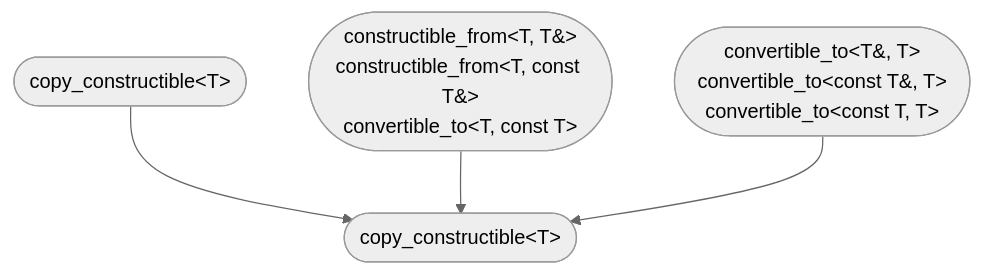
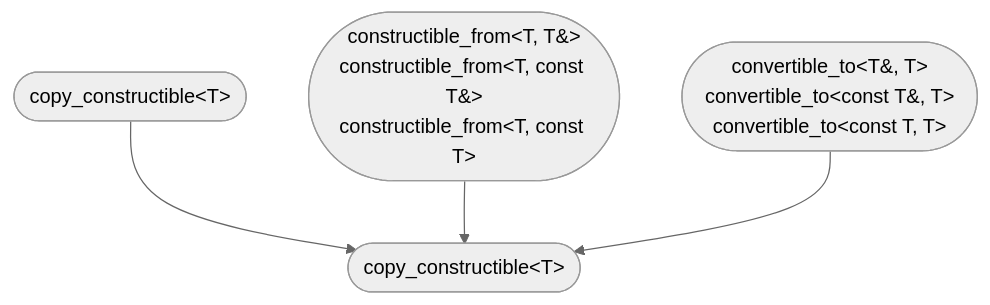
The sixth of 13 diagrams in README.md (yohhoy/cpp-concepts), drawn with Mermaid (neutral theme) before and after one commit. The commit also changed other lines of this file, not shown here.

````diff
--- a/README.md
+++ b/README.md
@@ -69,7 +69,7 @@
 ```mermaid
 graph TD
     %% std::copy_constructible<T>
     move_constructible(["copy_constructible&lt;T&gt;"]) --> copy_constructible(["copy_constructible&lt;T&gt;"]);
-    constructible_from(["constructible_from&lt;T, T&amp;&gt;<br>constructible_from&lt;T, const T&amp;&gt;<br>convertible_to&lt;T, const T&gt;"]) --> copy_constructible;
+    constructible_from(["constructible_from&lt;T, T&amp;&gt;<br>constructible_from&lt;T, const T&amp;&gt;<br>constructible_from&lt;T, const T&gt;"]) --> copy_constructible;
     convertible_to(["convertible_to&lt;T&amp;, T&gt;<br>convertible_to&lt;const T&amp;, T&gt;<br>convertible_to&lt;const T, T&gt;"]) --> copy_constructible;
 ```
````
